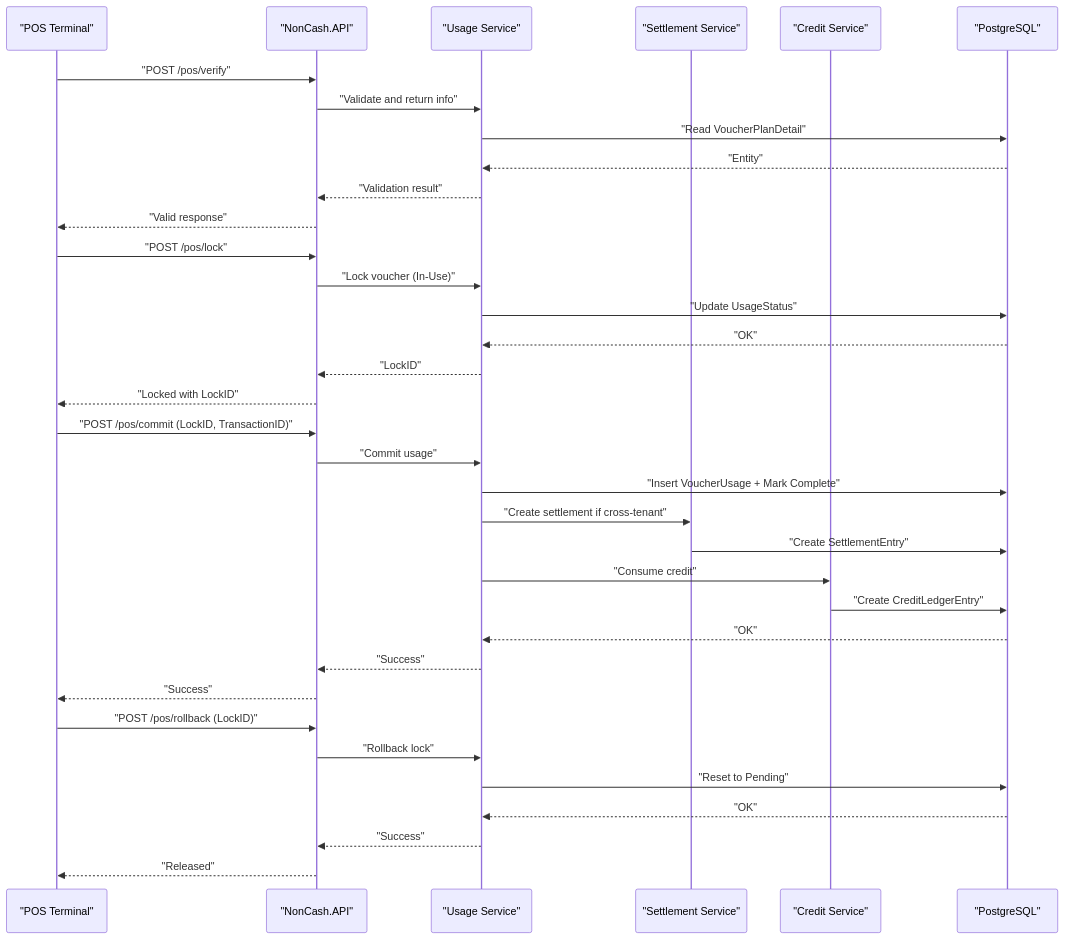
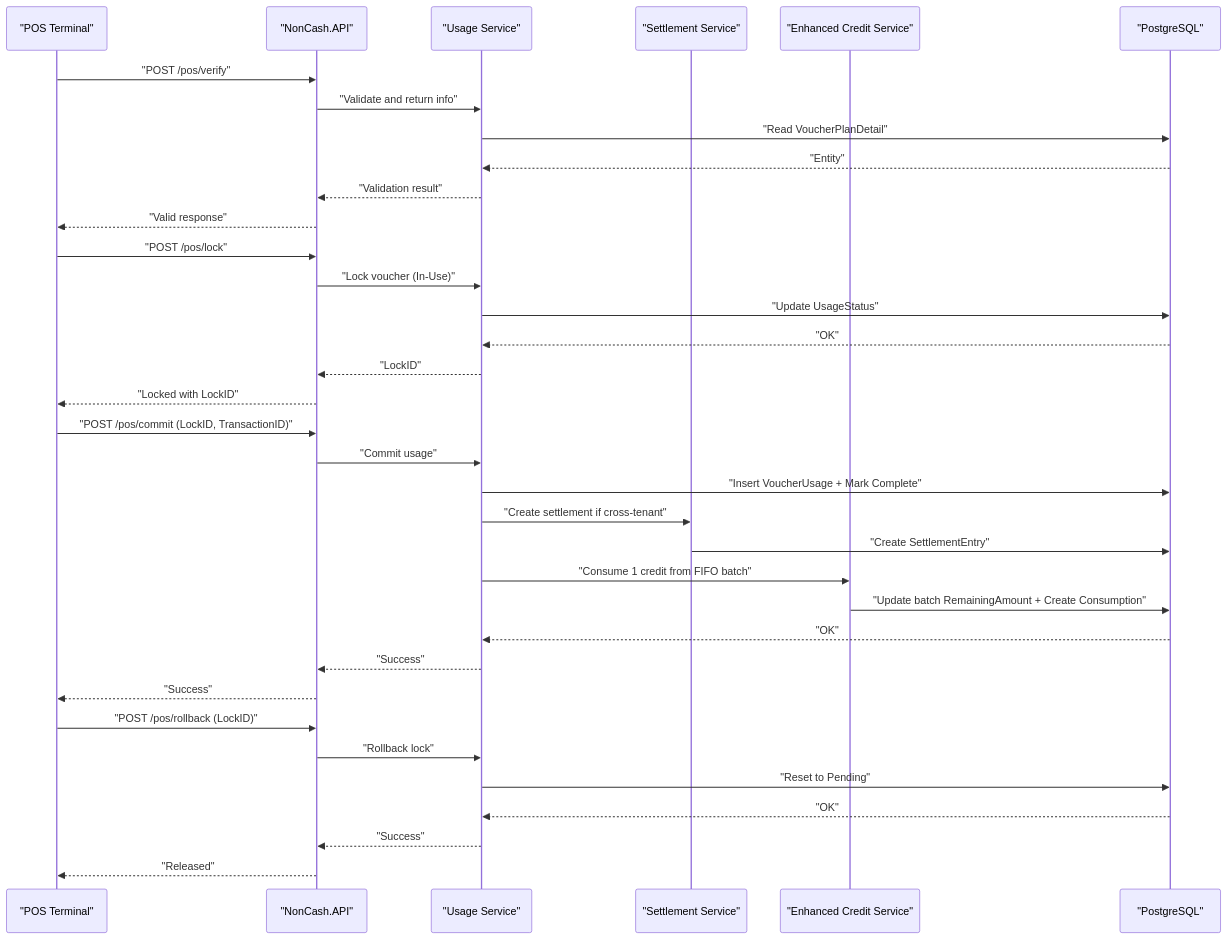
The fifth of 18 diagrams in .qoder/repowiki/en/content/Business Logic and Workflows/Business Logic and Workflows.md (lamhongbac/NonCash), drawn with Mermaid before and after one commit. The commit also changed other lines of this file and 29 other files, not shown here.

````diff
--- a/.qoder/repowiki/en/content/Business Logic and Workflows/Business Logic and Workflows.md
+++ b/.qoder/repowiki/en/content/Business Logic and Workflows/Business Logic and Workflows.md
@@ -234,37 +250,37 @@
 ```mermaid
 sequenceDiagram
 participant POS as "POS Terminal"
 participant API as "NonCash.API"
 participant SVC as "Usage Service"
 participant SETTLE as "Settlement Service"
-participant CREDIT as "Credit Service"
+participant CREDIT as "Enhanced Credit Service"
 participant DB as "PostgreSQL"
 POS->>API : "POST /pos/verify"
 API->>SVC : "Validate and return info"
 SVC->>DB : "Read VoucherPlanDetail"
 DB-->>SVC : "Entity"
 SVC-->>API : "Validation result"
 API-->>POS : "Valid response"
 POS->>API : "POST /pos/lock"
 API->>SVC : "Lock voucher (In-Use)"
 SVC->>DB : "Update UsageStatus"
 DB-->>SVC : "OK"
 SVC-->>API : "LockID"
 API-->>POS : "Locked with LockID"
 POS->>API : "POST /pos/commit (LockID, TransactionID)"
 API->>SVC : "Commit usage"
 SVC->>DB : "Insert VoucherUsage + Mark Complete"
 SVC->>SETTLE : "Create settlement if cross-tenant"
 SETTLE->>DB : "Create SettlementEntry"
-SVC->>CREDIT : "Consume credit"
-CREDIT->>DB : "Create CreditLedgerEntry"
+SVC->>CREDIT : "Consume 1 credit from FIFO batch"
+CREDIT->>DB : "Update batch RemainingAmount + Create Consumption"
 DB-->>SVC : "OK"
 SVC-->>API : "Success"
 API-->>POS : "Success"
 POS->>API : "POST /pos/rollback (LockID)"
 API->>SVC : "Rollback lock"
 SVC->>DB : "Reset to Pending"
 DB-->>SVC : "OK"
 SVC-->>API : "Success"
 API-->>POS : "Released"
 ```
````
